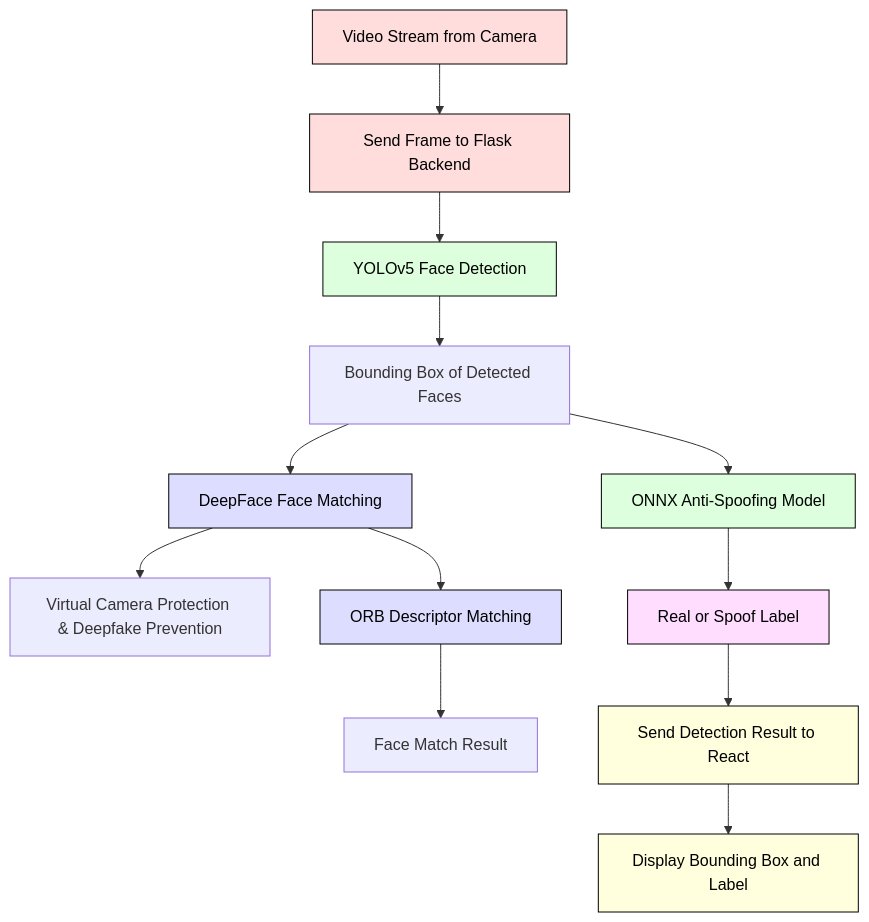
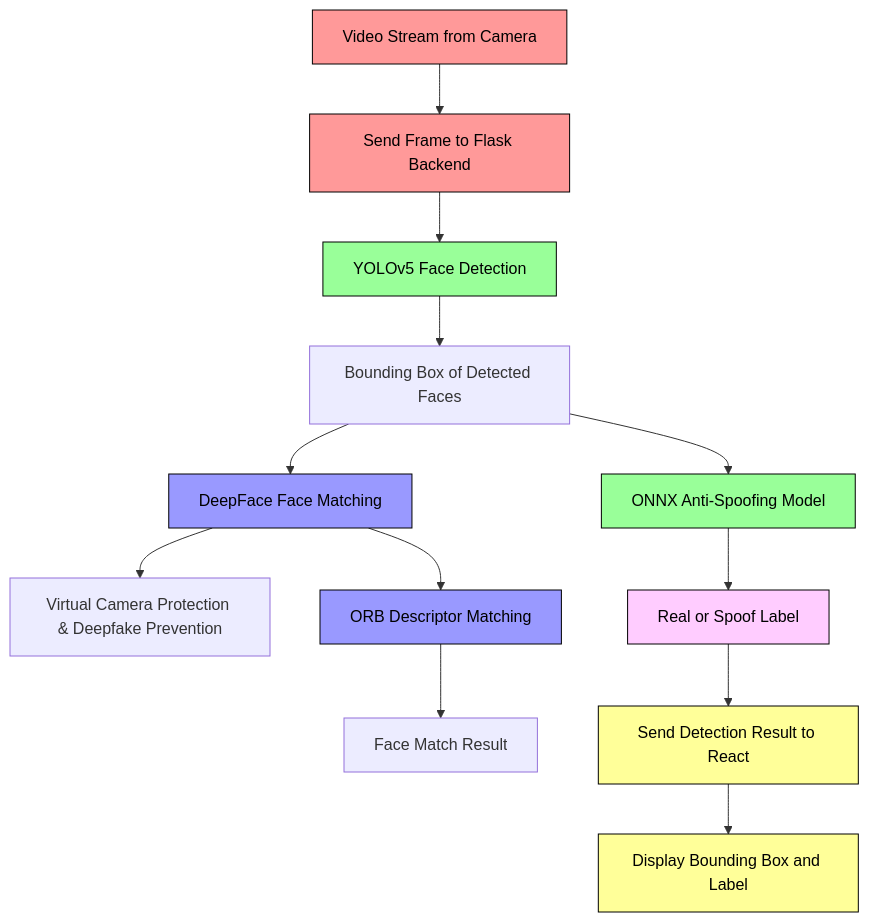
One commit to Tharun-selladurai/face_liveliness_web_platform changed the sixth of 6 diagrams in README.md. Above: the diagram before and after it, drawn with Mermaid. The commit also changed other lines of this file, not shown here.

````diff
--- a/README.md
+++ b/README.md
@@ -160,29 +155,29 @@
 ```mermaid
 %%{init: {'theme': 'default', 'themeVariables': {'edgeLabelBackground':'#ffffff', 'tertiaryColor':'#ffffff'}}}%%
 graph TD;
     A[Video Stream from Camera] --> B[Send Frame to Flask Backend]
     B --> C[YOLOv5 Face Detection]
     C --> D[Bounding Box of Detected Faces]
     D --> E[DeepFace Face Matching]
     E --> F[Virtual Camera Protection & Deepfake Prevention]
     E --> G[ORB Descriptor Matching]
     G --> H[Face Match Result]
     D --> I[ONNX Anti-Spoofing Model]
     I --> J[Real or Spoof Label]
     J --> K[Send Detection Result to React]
     K --> L[Display Bounding Box and Label]
     
     %% Define colors
-    classDef capture fill:#ffdddd,stroke:#000000,color:#000000;
-    classDef detect fill:#ddffdd,stroke:#000000,color:#000000;
-    classDef match fill:#ddddff,stroke:#000000,color:#000000;
-    classDef antiSpoof fill:#ffddff,stroke:#000000,color:#000000;
-    classDef display fill:#ffffdd,stroke:#000000,color:#000000;
+    classDef capture fill:#ff9999,stroke:#000000,color:#000000;
+    classDef detect fill:#99ff99,stroke:#000000,color:#000000;
+    classDef match fill:#9999ff,stroke:#000000,color:#000000;
+    classDef antiSpoof fill:#ffccff,stroke:#000000,color:#000000;
+    classDef display fill:#ffff99,stroke:#000000,color:#000000;
     
     %% Assign colors to nodes
     class A,B capture;
     class C,I detect;
     class E,G match;
     class J antiSpoof;
     class K,L display;
 ```
````
